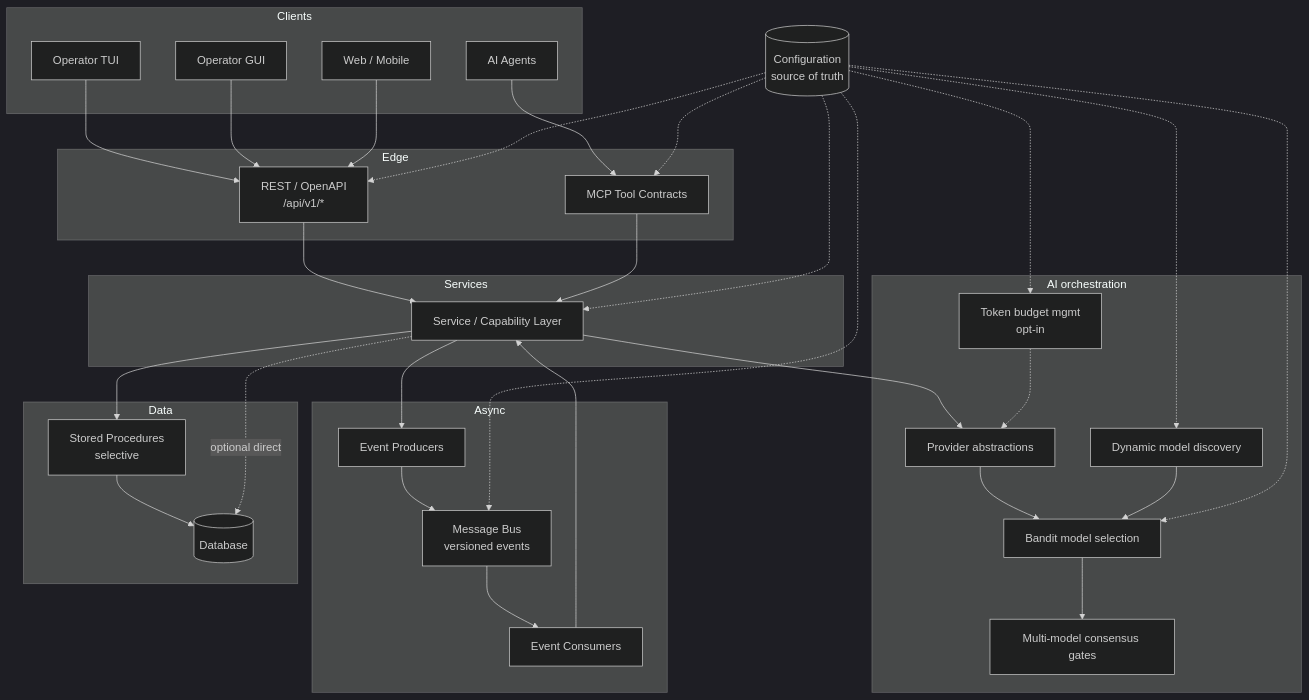
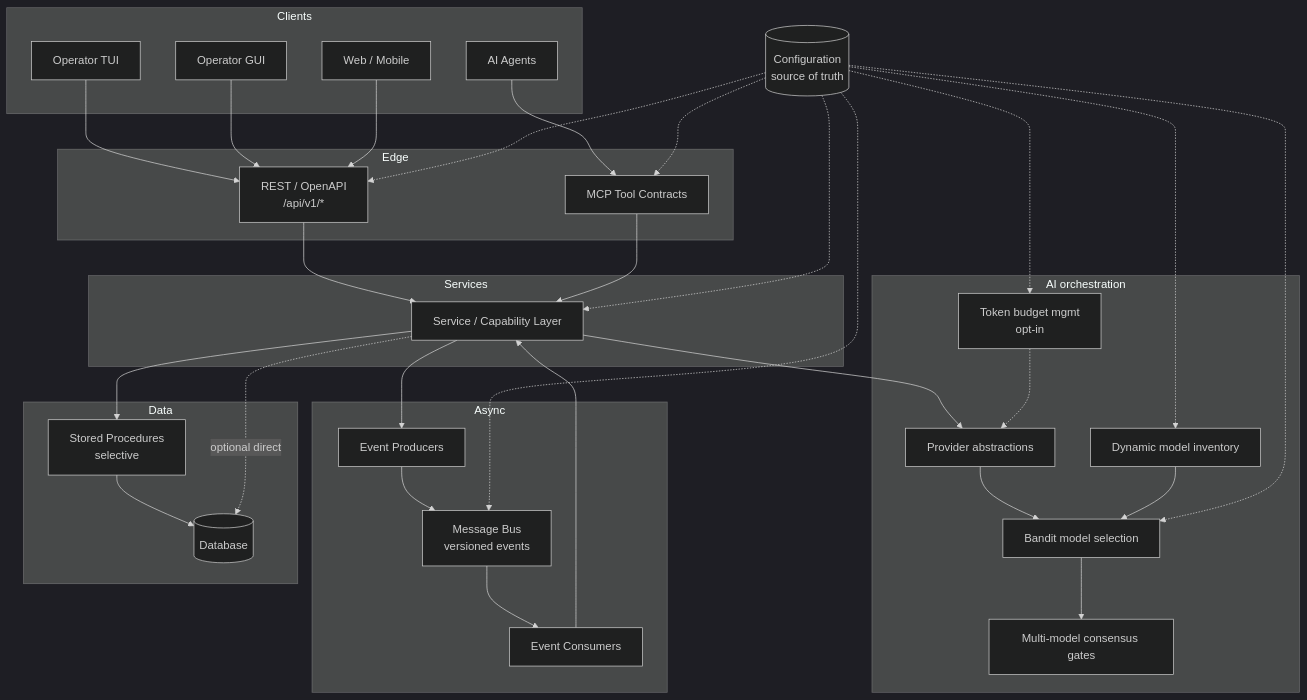
The diagram in docs/architecture/reference-architecture.md (FlossWare/engineering-standards), drawn with Mermaid (dark theme) before and after one commit. The commit also changed other lines of this file and 10 other files, not shown here.

````diff
--- a/docs/architecture/reference-architecture.md
+++ b/docs/architecture/reference-architecture.md
@@ -7,70 +7,70 @@
 ```mermaid
 flowchart TB
   subgraph Clients
     UI_TUI[Operator TUI]
     UI_GUI[Operator GUI]
     UI_WEB[Web / Mobile]
     AGENTS[AI Agents]
   end
 
   subgraph Edge
     REST["REST / OpenAPI\n/api/v1/*"]
     MCP[MCP Tool Contracts]
   end
 
   subgraph Services
     SVC[Service / Capability Layer]
   end
 
   subgraph AI_Orchestration["AI orchestration"]
-    DISC[Dynamic model discovery]
+    DISC[Dynamic model inventory]
     BANDIT[Bandit model selection]
     CONSENSUS[Multi-model consensus gates]
     TOKENS[Token budget mgmt\nopt-in]
     PROV[Provider abstractions]
   end
 
   subgraph Async
     BUS[Message Bus\nversioned events]
     PROD[Event Producers]
     CONS[Event Consumers]
   end
 
   subgraph Data
     SP[Stored Procedures\nselective]
     DB[(Database)]
   end
 
   CFG[(Configuration\nsource of truth)]
 
   UI_TUI --> REST
   UI_GUI --> REST
   UI_WEB --> REST
   AGENTS --> MCP
 
   REST --> SVC
   MCP --> SVC
 
   SVC --> PROV
   PROV --> BANDIT
   DISC --> BANDIT
   BANDIT --> CONSENSUS
   TOKENS -.-> PROV
 
   SVC --> SP
   SP --> DB
   SVC -.->|optional direct| DB
 
   SVC --> PROD
   PROD --> BUS
   BUS --> CONS
   CONS --> SVC
 
   CFG -.-> SVC
   CFG -.-> REST
   CFG -.-> MCP
   CFG -.-> BUS
   CFG -.-> DISC
   CFG -.-> BANDIT
   CFG -.-> TOKENS
 ```
````
